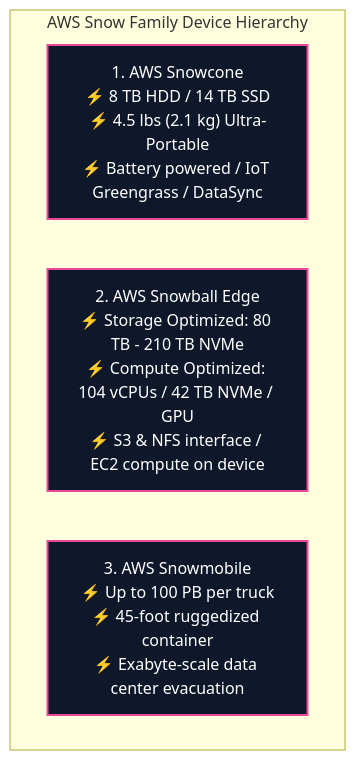
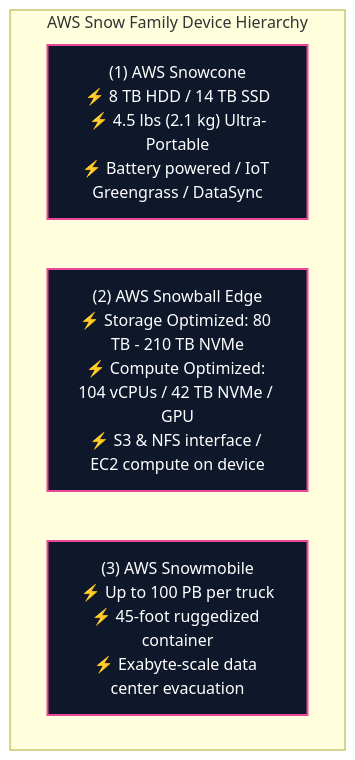
One commit to Wathon/aws-dea-c01-note changed the third of 5 diagrams in content/02-services/migration/datasync-and-snow.md. Above: the diagram before and after it, drawn with Mermaid. The commit also changed other lines of this file and 19 other files, not shown here.

Commit message:
fix(mermaid): resolve 'Unsupported markdown: list' rendering issues across all diagram node and edge labels

````diff
--- a/content/02-services/migration/datasync-and-snow.md
+++ b/content/02-services/migration/datasync-and-snow.md
@@ -155,11 +155,11 @@
 ```mermaid
 graph TD
     subgraph SnowFleet["AWS Snow Family Device Hierarchy"]
-        SnowconeDev["1. AWS Snowcone<br/>⚡ 8 TB HDD / 14 TB SSD<br/>⚡ 4.5 lbs (2.1 kg) Ultra-Portable<br/>⚡ Battery powered / IoT Greengrass / DataSync"]
-        SnowballEdgeDev["2. AWS Snowball Edge<br/>⚡ Storage Optimized: 80 TB - 210 TB NVMe<br/>⚡ Compute Optimized: 104 vCPUs / 42 TB NVMe / GPU<br/>⚡ S3 & NFS interface / EC2 compute on device"]
-        SnowmobileDev["3. AWS Snowmobile<br/>⚡ Up to 100 PB per truck<br/>⚡ 45-foot ruggedized container<br/>⚡ Exabyte-scale data center evacuation"]
+        SnowconeDev["(1) AWS Snowcone<br/>⚡ 8 TB HDD / 14 TB SSD<br/>⚡ 4.5 lbs (2.1 kg) Ultra-Portable<br/>⚡ Battery powered / IoT Greengrass / DataSync"]
+        SnowballEdgeDev["(2) AWS Snowball Edge<br/>⚡ Storage Optimized: 80 TB - 210 TB NVMe<br/>⚡ Compute Optimized: 104 vCPUs / 42 TB NVMe / GPU<br/>⚡ S3 & NFS interface / EC2 compute on device"]
+        SnowmobileDev["(3) AWS Snowmobile<br/>⚡ Up to 100 PB per truck<br/>⚡ 45-foot ruggedized container<br/>⚡ Exabyte-scale data center evacuation"]
     end
 
     classDef snow fill:#0f172a,stroke:#ec4899,stroke-width:2px,color:#fff;
     class SnowconeDev,SnowballEdgeDev,SnowmobileDev snow;
 ```
````
